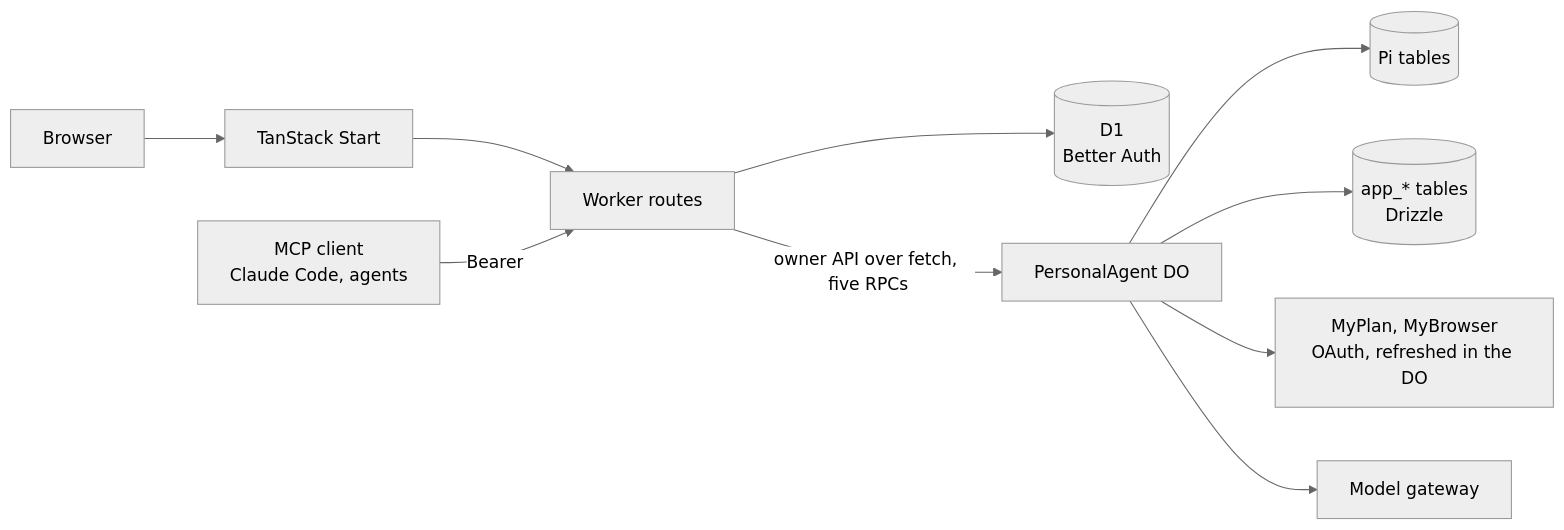
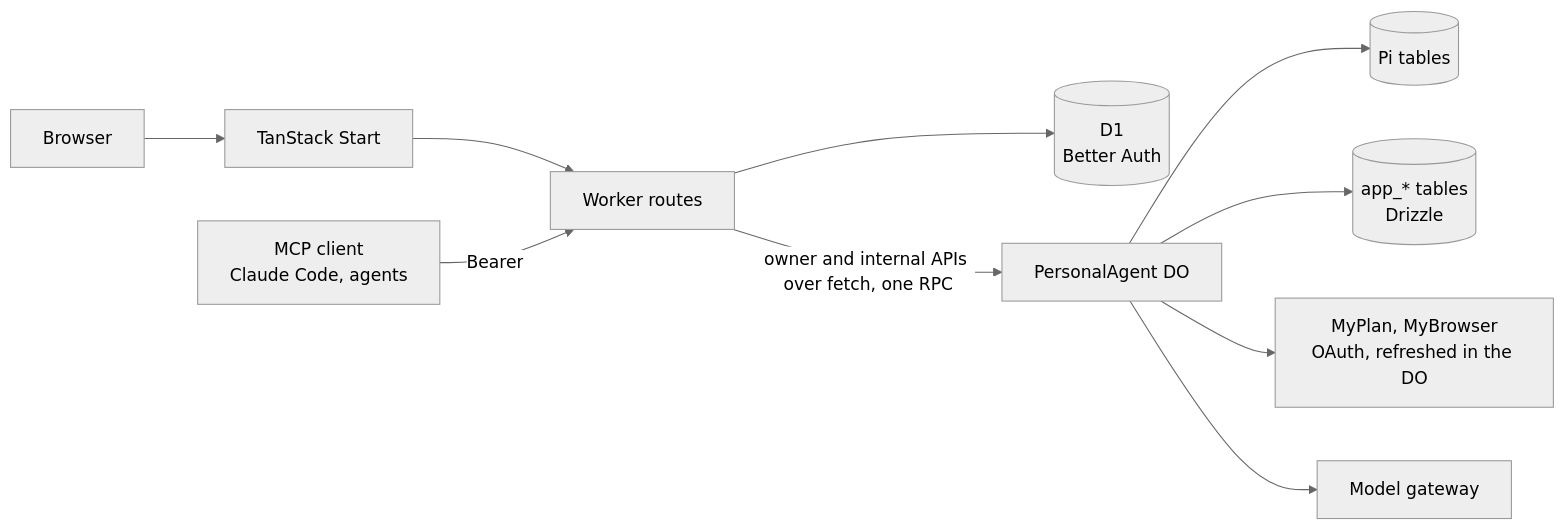
One commit to grmkris/goblin-public changed the diagram in docs/architecture.md. Above: the diagram before and after it, drawn with Mermaid (neutral theme). The commit also changed other lines of this file and 2 other files, not shown here.

First line of the commit message:
docs: the internal API, the raw routes as endpoints and AgentHttp, where docs named them

````diff
--- a/docs/architecture.md
+++ b/docs/architecture.md
@@ -7,12 +7,12 @@
 ```mermaid
 flowchart LR
   Browser --> Web[TanStack Start]
   Web --> Worker[Worker routes]
   Client[MCP client\nClaude Code, agents] -->|Bearer| Worker
   Worker --> Auth[(D1\nBetter Auth)]
-  Worker -->|owner API over fetch, five RPCs| Agent[PersonalAgent DO]
+  Worker -->|owner and internal APIs over fetch, one RPC| Agent[PersonalAgent DO]
   Agent --> Pi[(Pi tables)]
   Agent --> App[(app_* tables\nDrizzle)]
   Agent --> MCP[MyPlan, MyBrowser\nOAuth, refreshed in the DO]
   Agent --> Model[Model gateway]
 ```
````
